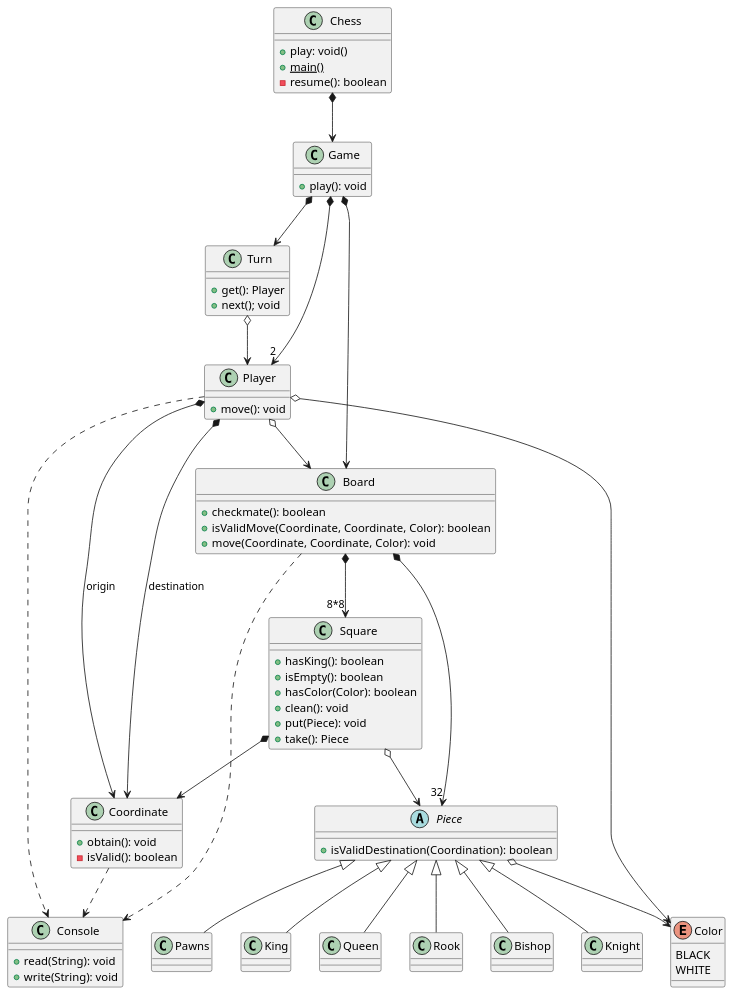
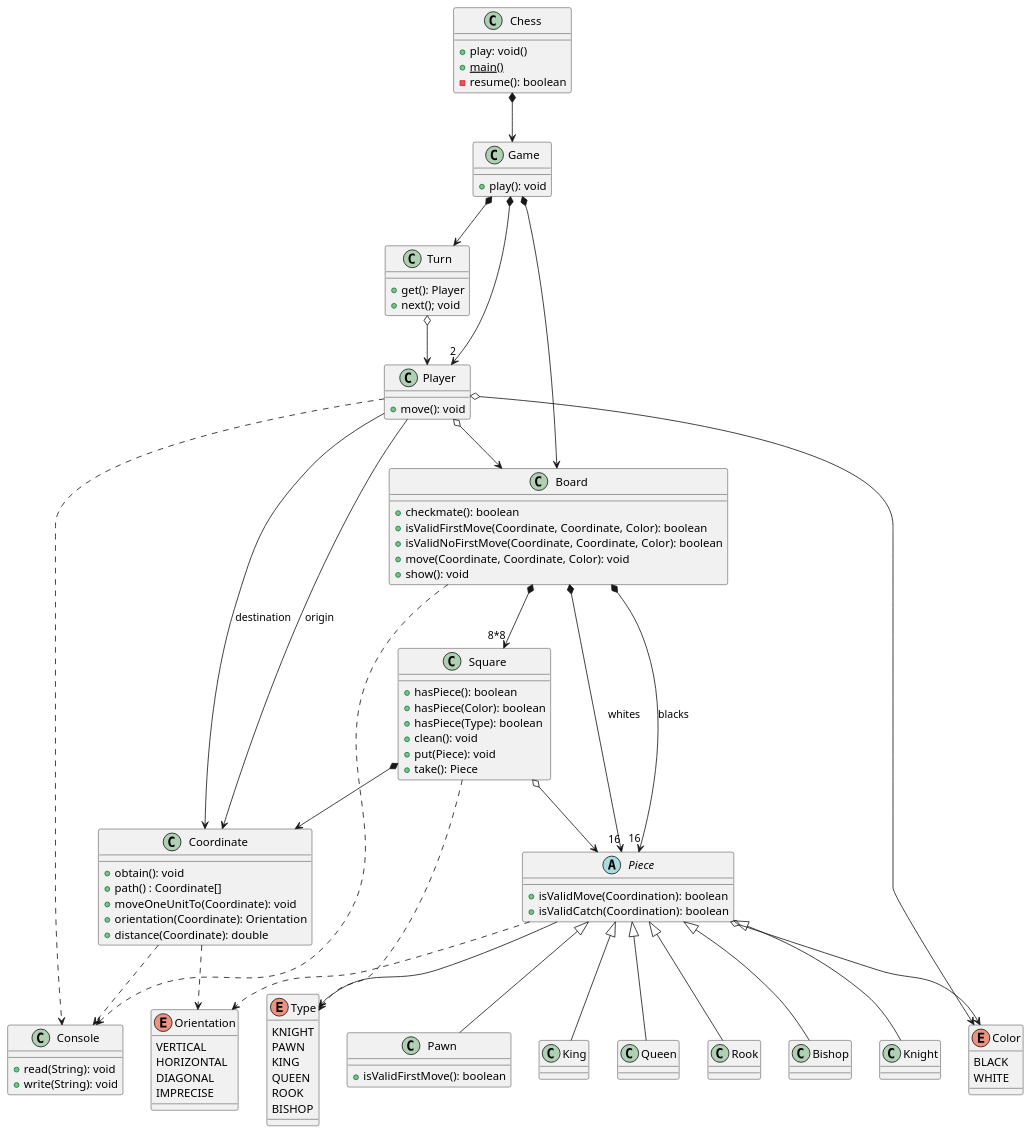
The diagram in docs/publicView.puml (Master-Desarrollo-20-21/ejercicio-4-ajedrez-polimorfismo-jdcanete), drawn with PlantUML before and after one commit. The commit also changed 1 other file, not shown here.

```diff
--- a/docs/publicView.puml
+++ b/docs/publicView.puml
@@ -1,90 +1,122 @@
 @startuml
 
 class Chess {
     + play: void()
     + {static} main()
     - resume(): boolean
 }
 
 Chess *--> Game
 
 class Game {
     + play(): void
 }
 
 Game *--> Turn
 Game *--> "2" Player
 Game *--> Board
 
 Turn o--> Player
 Player o--> Board
 
 class Turn {
     + get(): Player
     + next(); void
 }
 
 class Player {
     + move(): void
 }
 
 class Board {
     + checkmate(): boolean
 }
 
 Player ..> Console
-Player *--> Coordinate: "origin"
-Player *--> Coordinate: "destination"
+Player --> Coordinate: "origin"
+Player --> Coordinate: "destination"
 Player o--> Color
 
 enum Color {
     BLACK
     WHITE
 }
 
 class Coordinate {
     + obtain(): void
-    - isValid(): boolean
+    + path() : Coordinate[]
+    + moveOneUnitTo(Coordinate): void
+    + orientation(Coordinate): Orientation
+    + distance(Coordinate): double
+}
+
+Coordinate ..> Orientation
+
+enum Orientation {
+    VERTICAL
+    HORIZONTAL
+    DIAGONAL
+    IMPRECISE
 }
 
 class Board {
-    + isValidMove(Coordinate, Coordinate, Color): boolean
+    + isValidFirstMove(Coordinate, Coordinate, Color): boolean
+    + isValidNoFirstMove(Coordinate, Coordinate, Color): boolean
     + move(Coordinate, Coordinate, Color): void
+    + show(): void
 }
 
 Coordinate ..> Console
 Board ..> Console
 Board *--> "8*8" Square
-Board *--> "32" Piece
+Board *--> "16" Piece: "whites"
+Board *--> "16" Piece: "blacks"
 
 class Console {
     + read(String): void
     + write(String): void
 }
 
 Square o--> Piece
 Square *--> Coordinate
+Square ..> Type
 
 class Square {
-    + hasKing(): boolean
-    + isEmpty(): boolean
-    + hasColor(Color): boolean
+    + hasPiece(): boolean
+    + hasPiece(Color): boolean
+    + hasPiece(Type): boolean
     + clean(): void
     + put(Piece): void
     + take(): Piece
 }
 
 abstract class Piece {
-    + isValidDestination(Coordination): boolean
+    + isValidMove(Coordination): boolean
+    + isValidCatch(Coordination): boolean
 }
 
 Piece o--> Color
 
 Piece <|-- Bishop
 Piece <|-- Knight
-Piece <|-- Pawns
+Piece <|-- Pawn
 Piece <|-- King
 Piece <|-- Queen
 Piece <|-- Rook
 
+class Pawn {
+    + isValidFirstMove(): boolean
+}
+
+Piece --> Type
+Piece ..> Orientation
+enum Type {
+    KNIGHT
+    PAWN
+    KING
+    QUEEN
+    ROOK
+    BISHOP
+}
+
 @enduml
```
